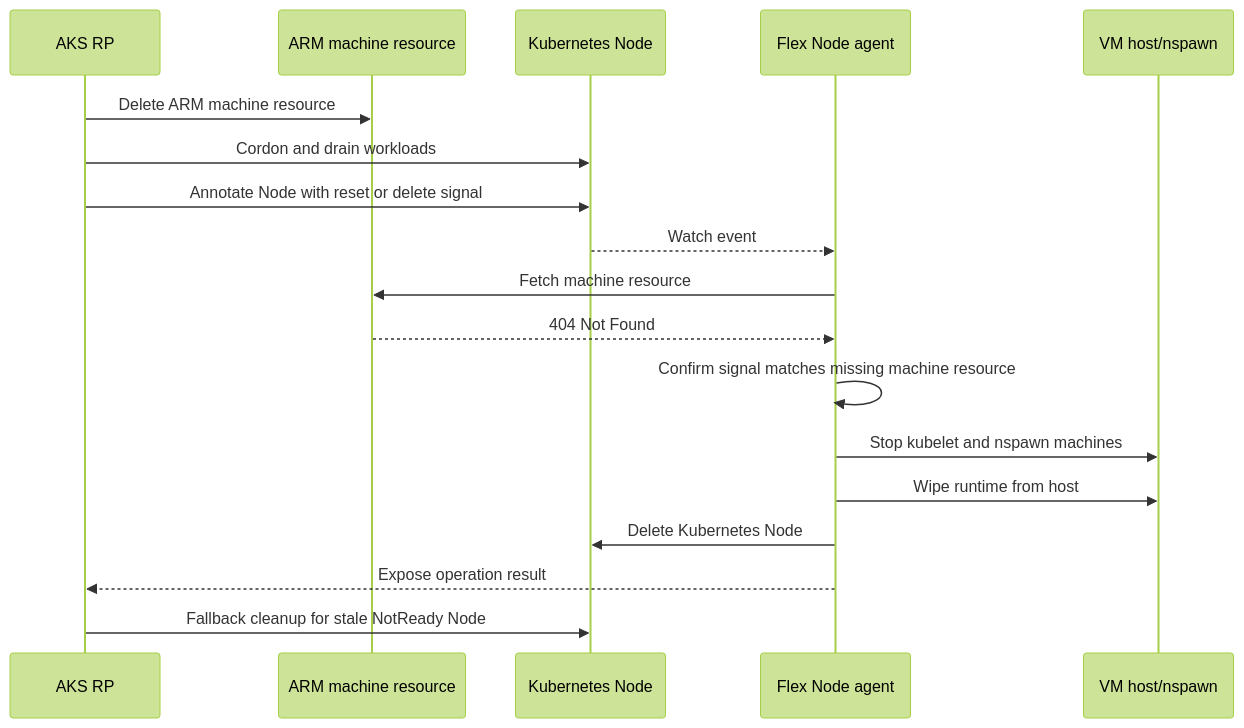
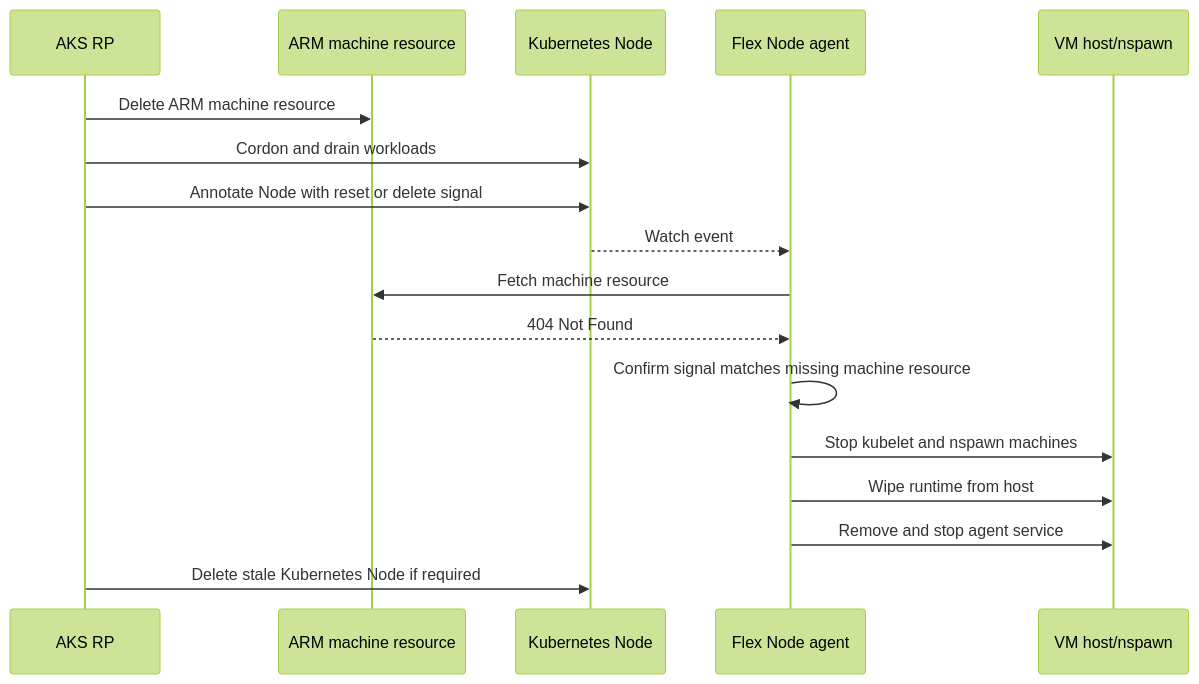
The fifth of 6 diagrams in docs/design/agent-and-aks.md (Azure/AKSFlexNode), drawn with Mermaid (forest theme) before and after one commit. The commit also changed other lines of this file and 5 other files, not shown here.

````diff
--- a/docs/design/agent-and-aks.md
+++ b/docs/design/agent-and-aks.md
@@ -282,21 +297,20 @@
 ```mermaid
 sequenceDiagram
     participant RP as AKS RP
     participant ARM as ARM machine resource
     participant Node as Kubernetes Node
     participant Agent as Flex Node agent
     participant Host as VM host/nspawn
 
     RP->>ARM: Delete ARM machine resource
     RP->>Node: Cordon and drain workloads
     RP->>Node: Annotate Node with reset or delete signal
     Node-->>Agent: Watch event
     Agent->>ARM: Fetch machine resource
     ARM-->>Agent: 404 Not Found
     Agent->>Agent: Confirm signal matches missing machine resource
     Agent->>Host: Stop kubelet and nspawn machines
     Agent->>Host: Wipe runtime from host
-    Agent->>Node: Delete Kubernetes Node
-    Agent-->>RP: Expose operation result
-    RP->>Node: Fallback cleanup for stale NotReady Node
+    Agent->>Host: Remove and stop agent service
+    RP->>Node: Delete stale Kubernetes Node if required
 ```
````
